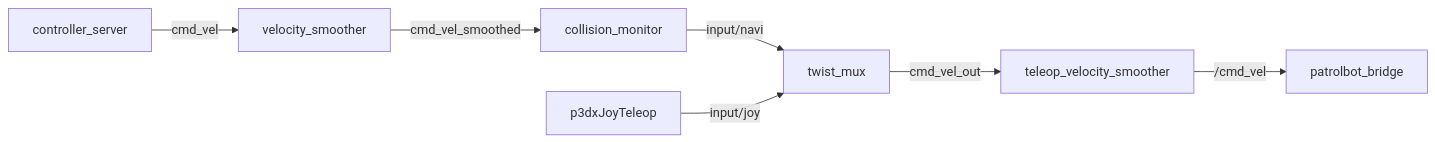
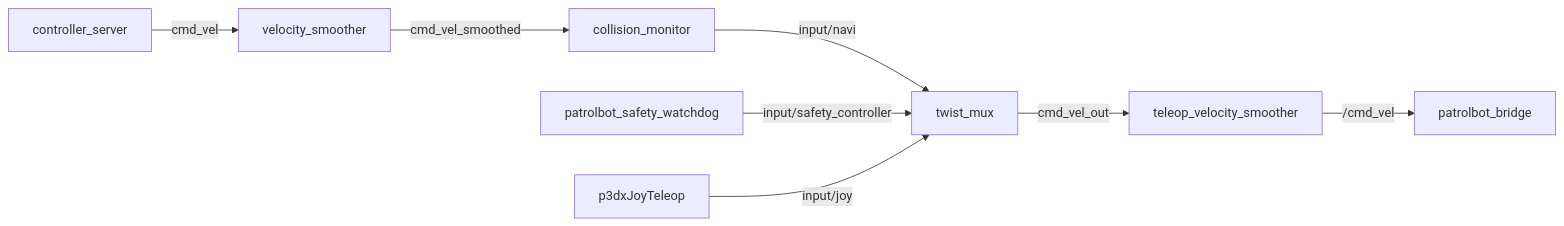
One commit to cmu-impactlab/patrolbot changed the diagram in docs/ros2/topics.md. Above: the diagram before and after it, drawn with Mermaid. The commit also changed other lines of this file and 41 other files, not shown here.

````diff
--- a/docs/ros2/topics.md
+++ b/docs/ros2/topics.md
@@ -47,9 +48,10 @@
 ```mermaid
 flowchart LR
     A["controller_server"] -->|cmd_vel| B["velocity_smoother"]
     B -->|cmd_vel_smoothed| C["collision_monitor"]
     C -->|input/navi| D["twist_mux"]
+    S["patrolbot_safety_watchdog"] -->|input/safety_controller| D
     J["p3dxJoyTeleop"] -->|input/joy| D
     D -->|cmd_vel_out| E["teleop_velocity_smoother"]
     E -->|/cmd_vel| F["patrolbot_bridge"]
 ```
````
